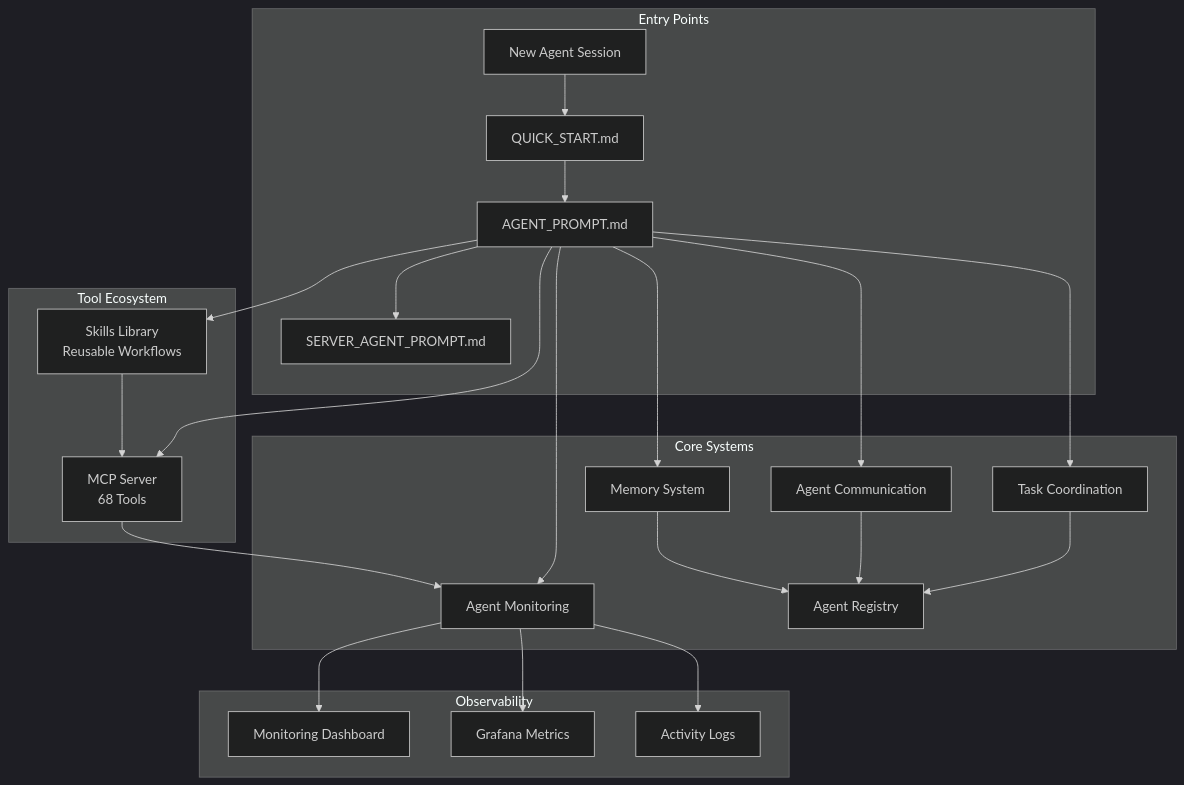
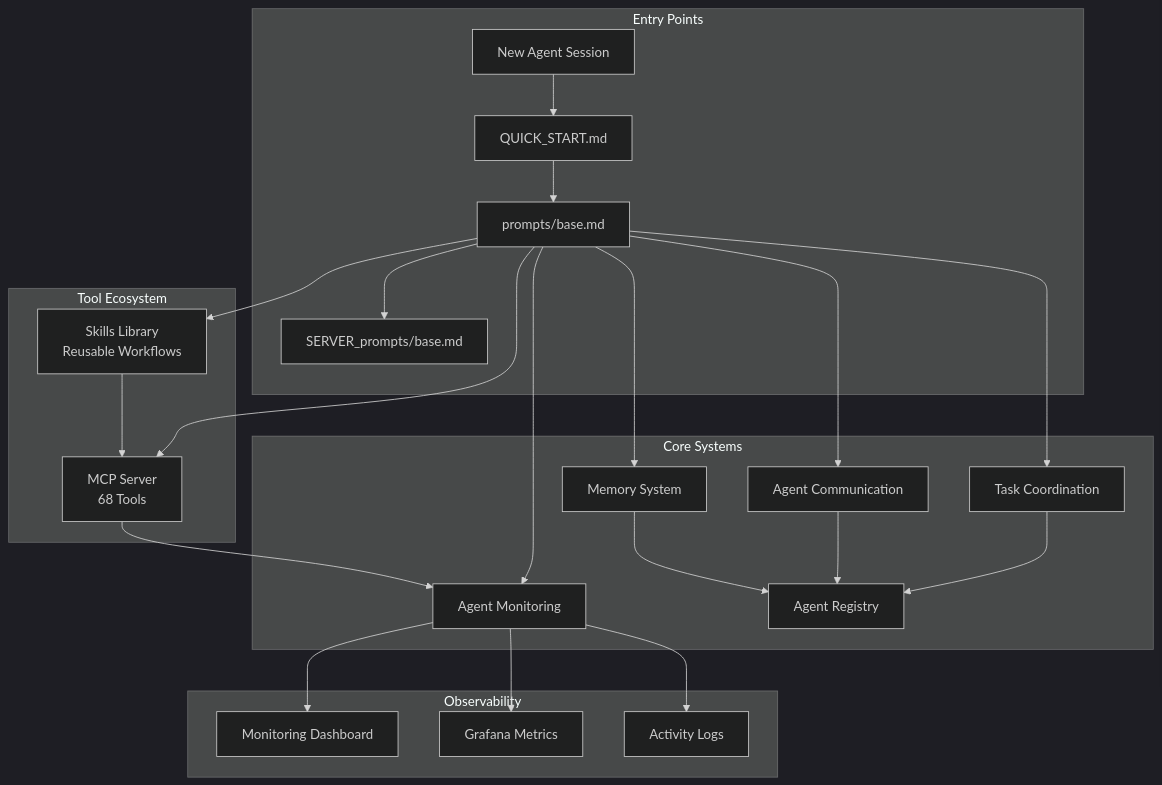
The first of 20 diagrams in agents/docs/COMPLETE_SYSTEM_VISUALIZATION.md (unarmedpuppy/homelab-ai), drawn with Mermaid (dark theme) before and after one commit. The commit also changed other lines of this file and 70 other files, not shown here.

````diff
--- a/agents/docs/COMPLETE_SYSTEM_VISUALIZATION.md
+++ b/agents/docs/COMPLETE_SYSTEM_VISUALIZATION.md
@@ -27,44 +27,44 @@
 ```mermaid
 graph TB
     subgraph "Entry Points"
         A[New Agent Session] --> B[QUICK_START.md]
-        B --> C[AGENT_PROMPT.md]
-        C --> D[SERVER_AGENT_PROMPT.md]
+        B --> C[prompts/base.md]
+        C --> D[SERVER_prompts/base.md]
     end
     
     subgraph "Core Systems"
         E[Task Coordination]
         F[Agent Communication]
         G[Memory System]
         H[Agent Monitoring]
         I[Agent Registry]
     end
     
     subgraph "Tool Ecosystem"
         J[MCP Server<br/>68 Tools]
         K[Skills Library<br/>Reusable Workflows]
     end
     
     subgraph "Observability"
         L[Monitoring Dashboard]
         M[Grafana Metrics]
         N[Activity Logs]
     end
     
     C --> E
     C --> F
     C --> G
     C --> H
     C --> J
     C --> K
     
     J --> H
     K --> J
     H --> L
     H --> M
     H --> N
     
     E --> I
     F --> I
     G --> I
 ```
````
